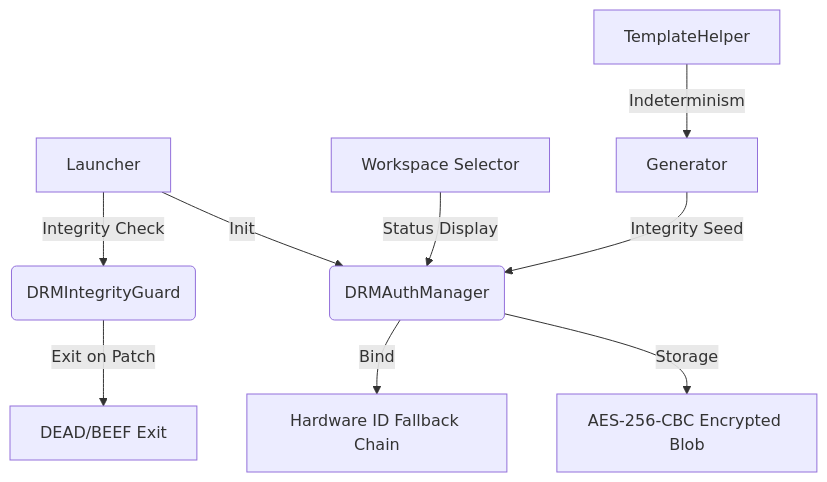
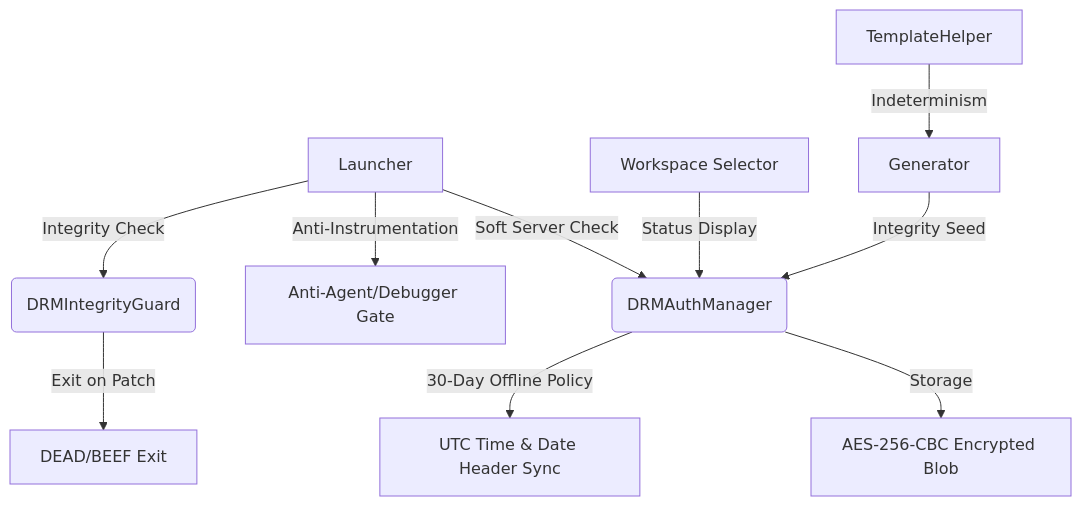
The diagram in docs/DRM_Specification.md (fc-minecraft/MCreator), drawn with Mermaid before and after one commit. The commit also changed other lines of this file and 6 other files, not shown here.

````diff
--- a/docs/DRM_Specification.md
+++ b/docs/DRM_Specification.md
@@ -10,11 +10,12 @@
 ```mermaid
 graph TD
     A[Launcher] -->|Integrity Check| B(DRMIntegrityGuard)
+    A -->|Anti-Instrumentation| AA[Anti-Agent/Debugger Gate]
     B -->|Exit on Patch| X[DEAD/BEEF Exit]
-    A -->|Init| C(DRMAuthManager)
-    C -->|Bind| D[Hardware ID Fallback Chain]
+    A -->|Soft Server Check| C(DRMAuthManager)
+    C -->|30-Day Offline Policy| D[UTC Time & Date Header Sync]
     C -->|Storage| E[AES-256-CBC Encrypted Blob]
     F[Workspace Selector] -->|Status Display| C
     G[Generator] -->|Integrity Seed| C
     H[TemplateHelper] -->|Indeterminism| G
 ```
````
